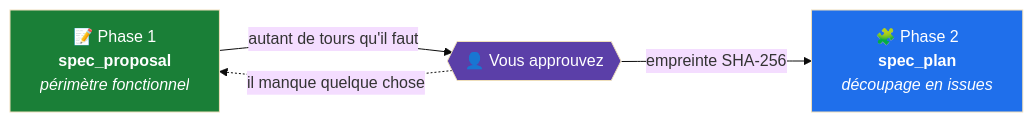
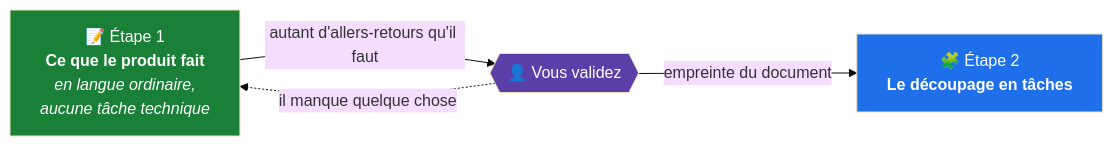
The third of 3 diagrams in README.md (HerbertCodex/agent-pipeline), drawn with Mermaid (base theme) before and after one commit. The commit also changed other lines of this file, not shown here.

````diff
--- a/README.md
+++ b/README.md
@@ -226,10 +230,10 @@
 ```mermaid
 flowchart LR
-    A["📝 Phase 1<br/><b>spec_proposal</b><br/><i>périmètre fonctionnel</i>"] -->|autant de tours qu'il faut| B{{"👤 Vous approuvez"}}
-    B -->|empreinte SHA-256| C["🧩 Phase 2<br/><b>spec_plan</b><br/><i>découpage en issues</i>"]
+    A["📝 Étape 1<br/><b>Ce que le produit fait</b><br/><i>en langue ordinaire,<br/>aucune tâche technique</i>"] -->|autant d'allers-retours qu'il faut| B{{"👤 Vous validez"}}
+    B -->|empreinte du document| C["🧩 Étape 2<br/><b>Le découpage en tâches</b>"]
     B -.->|il manque quelque chose| A
 
     style A fill:#1a7f37,color:#fff
     style B fill:#5b3fa8,color:#fff
     style C fill:#1f6feb,color:#fff
 ```
````
